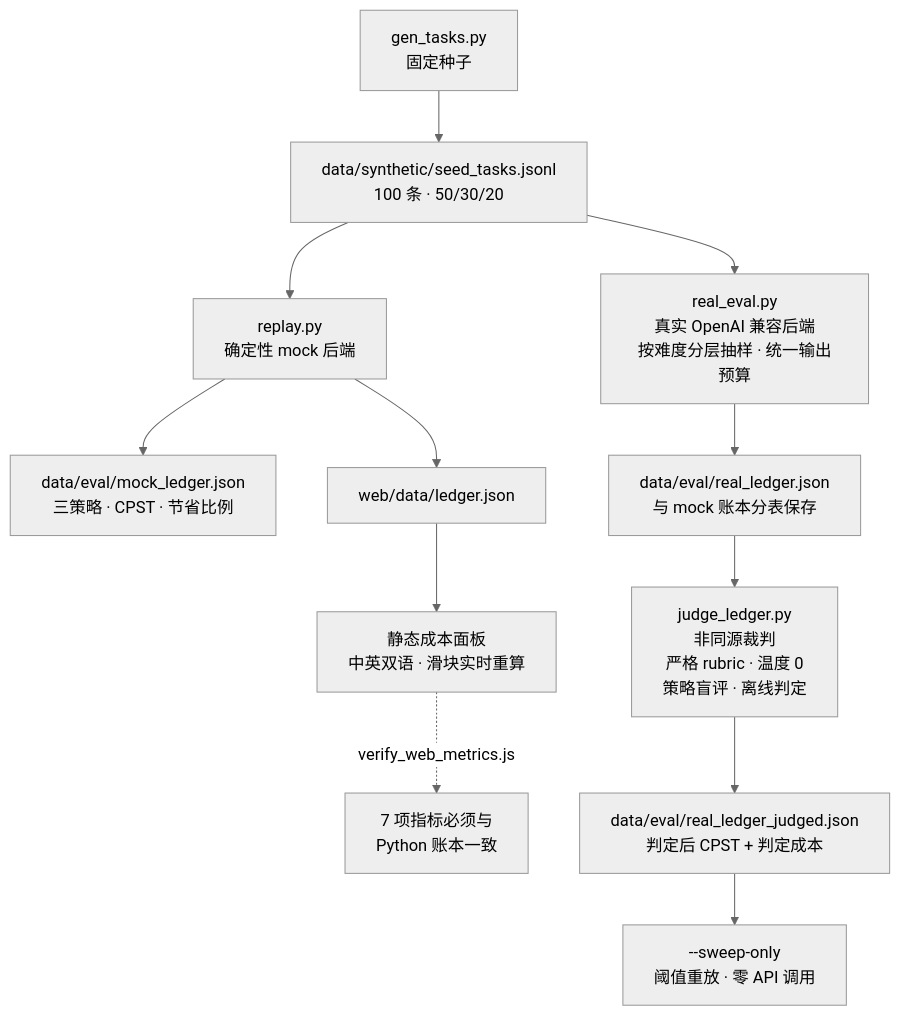
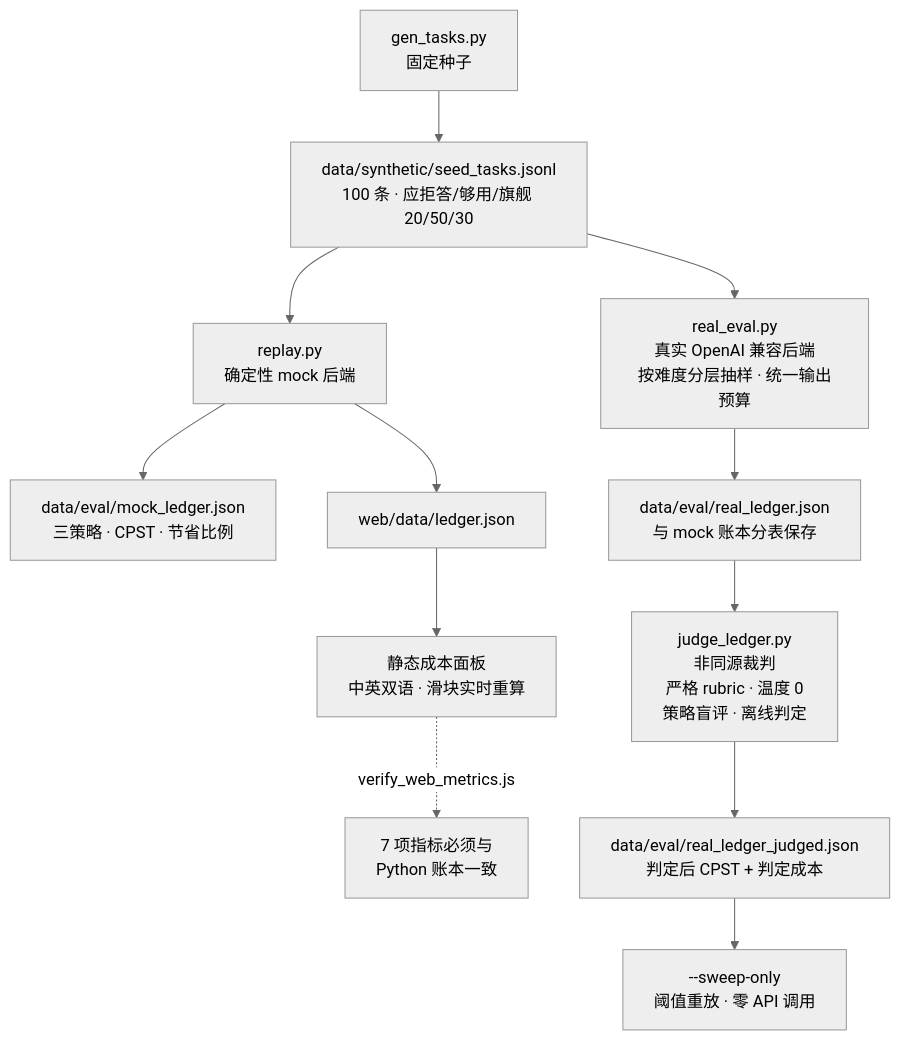
Before and after one commit to SanyHe/when-to-escalate: the second of 3 diagrams in README.zh-CN.md, drawn with Mermaid (neutral theme). The commit also changed other lines of this file and 46 other files, not shown here.

````diff
--- a/README.zh-CN.md
+++ b/README.zh-CN.md
@@ -34,14 +34,14 @@
 ```mermaid
 flowchart TD
-    gen[gen_tasks.py<br/>固定种子] --> seeds[data/synthetic/seed_tasks.jsonl<br/>100 条 · 50/30/20]
+    gen[gen_tasks.py<br/>固定种子] --> seeds[data/synthetic/seed_tasks.jsonl<br/>100 条 · 应拒答/够用/旗舰 20/50/30]
     seeds --> replay[replay.py<br/>确定性 mock 后端]
     replay --> mock[data/eval/mock_ledger.json<br/>三策略 · CPST · 节省比例]
     replay --> webdata[web/data/ledger.json]
     webdata --> panel[静态成本面板<br/>中英双语 · 滑块实时重算]
     panel -.->|verify_web_metrics.js| check[7 项指标必须与<br/>Python 账本一致]
     seeds --> realeval[real_eval.py<br/>真实 OpenAI 兼容后端<br/>按难度分层抽样 · 统一输出预算]
     realeval --> real[data/eval/real_ledger.json<br/>与 mock 账本分表保存]
     real --> judge[judge_ledger.py<br/>非同源裁判<br/>严格 rubric · 温度 0<br/>策略盲评 · 离线判定]
     judge --> judged[data/eval/real_ledger_judged.json<br/>判定后 CPST + 判定成本]
     judged --> sweep[--sweep-only<br/>阈值重放 · 零 API 调用]
 ```
````
